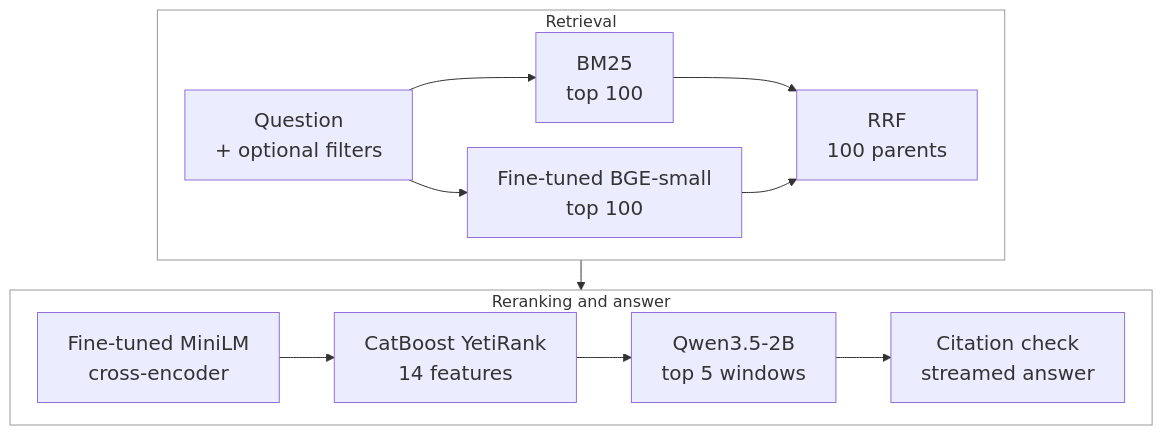
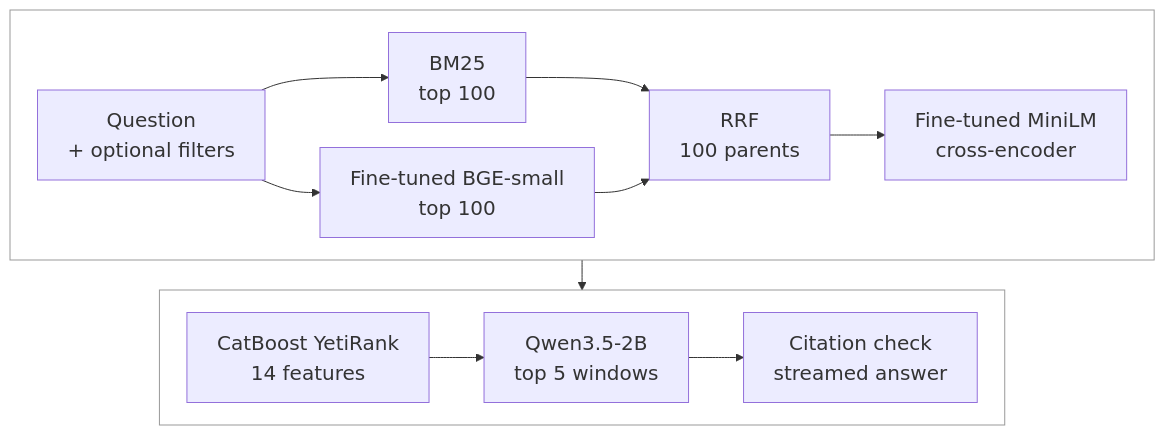
The diagram in README.md (flaretensor/ledgerlight), drawn with Mermaid before and after one commit.

Commit message:
style(readme): split the pipeline diagram into two frames

````diff
--- a/README.md
+++ b/README.md
@@ -11,29 +11,30 @@
 ```mermaid
 %%{init: {"flowchart": {"nodeSpacing": 25, "rankSpacing": 30, "wrappingWidth": 300}}}%%
 flowchart TB
     classDef default font-size:20px;
 
-    subgraph ROW1["Retrieval"]
+    subgraph ROW1[" "]
         direction LR
         Q["Question<br/>+ optional filters"]
         B["BM25<br/>top 100"]
         D["Fine-tuned BGE-small<br/>top 100"]
         R["RRF<br/>100 parents"]
+        C["Fine-tuned MiniLM<br/>cross-encoder"]
         Q --> B --> R
         Q --> D --> R
+        R --> C
     end
 
-    subgraph ROW2["Reranking and answer"]
+    subgraph ROW2[" "]
         direction LR
-        C["Fine-tuned MiniLM<br/>cross-encoder"]
         L["CatBoost YetiRank<br/>14 features"]
         G["Qwen3.5-2B<br/>top 5 windows"]
         V["Citation check<br/>streamed answer"]
-        C --> L --> G --> V
+        L --> G --> V
     end
 
     ROW1 --> ROW2
 
     style ROW1 fill:none,stroke:#999
     style ROW2 fill:none,stroke:#999
 ```
````
